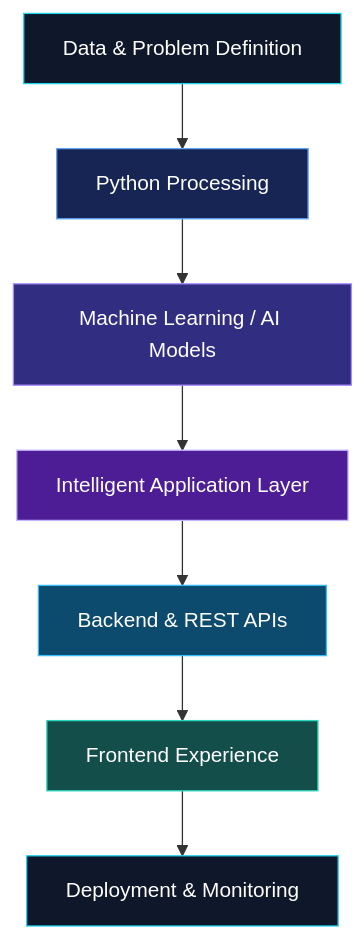
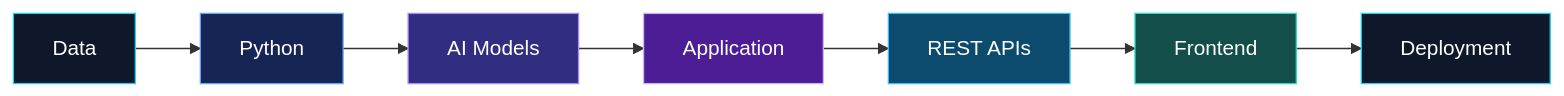
Before and after one commit to rahulbhadekar/rahulbhadekar: the diagram in README.md, drawn with Mermaid. The commit also changed other lines of this file, not shown here.

````diff
--- a/README.md
+++ b/README.md
@@ -167,17 +78,17 @@
 ```mermaid
-flowchart TD
-    A["Data & Problem Definition"] --> B["Python Processing"]
-    B --> C["Machine Learning / AI Models"]
-    C --> D["Intelligent Application Layer"]
-    D --> E["Backend & REST APIs"]
-    E --> F["Frontend Experience"]
-    F --> G["Deployment & Monitoring"]
+flowchart LR
+    A["Data"] --> B["Python"]
+    B --> C["AI Models"]
+    C --> D["Application"]
+    D --> E["REST APIs"]
+    E --> F["Frontend"]
+    F --> G["Deployment"]
 
     style A fill:#0f172a,stroke:#22d3ee,color:#fff
     style B fill:#172554,stroke:#60a5fa,color:#fff
     style C fill:#312e81,stroke:#a78bfa,color:#fff
     style D fill:#4c1d95,stroke:#c4b5fd,color:#fff
     style E fill:#0c4a6e,stroke:#38bdf8,color:#fff
     style F fill:#134e4a,stroke:#2dd4bf,color:#fff
     style G fill:#0f172a,stroke:#22d3ee,color:#fff
 ```
````
